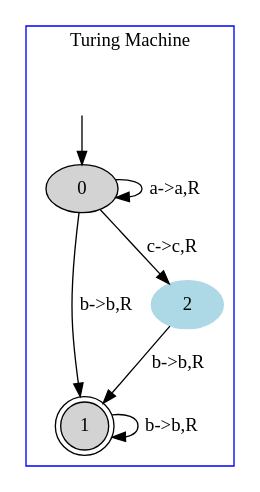
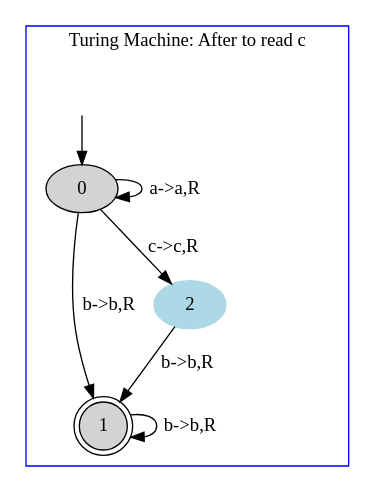
Before and after one commit to danielScLima/turing_machine: the diagram in TM/images/file2.dot, drawn with Graphviz. The commit also changed 7 other files, not shown here.

```diff
--- a/TM/images/file2.dot
+++ b/TM/images/file2.dot
@@ -1,17 +1,17 @@
 digraph G {
 	subgraph cluster_1 {
 		node [style=filled];
-		label = "Turing Machine"
+		label = "Turing Machine: After to read c"
 		color=blue;
 
 		0;
 		1 [shape="doublecircle"];
 		2 [color="lightblue"];
 		0->0[label="a->a,R"];
 		0->1[label="b->b,R"];
 		0->2[label="c->c,R"];
 		1->1[label="b->b,R"];
 		2->1[label="b->b,R"];
 x [color=white, label=""];		x->0	}
 
 }
```
